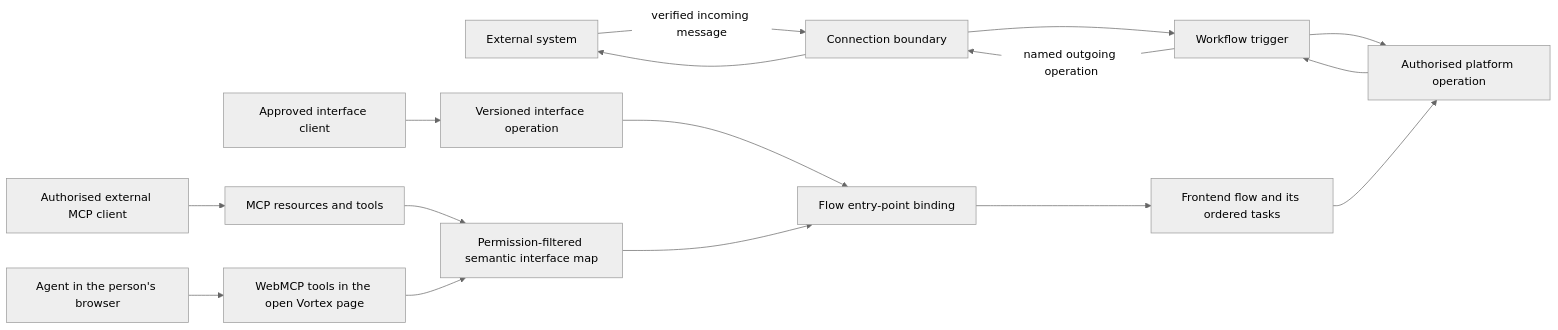
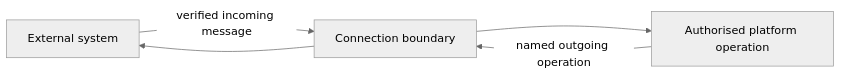
The diagram in docs/specification/12-connections-and-interfaces.md (Abzum-NZ/Abzum-Vortex), drawn with Mermaid (neutral theme) before and after one commit. The commit also changed other lines of this file and 50 other files, not shown here.

````diff
--- a/docs/specification/12-connections-and-interfaces.md
+++ b/docs/specification/12-connections-and-interfaces.md
@@ -9,18 +11,7 @@
 ```mermaid
 flowchart LR
     EXT[External system] -->|verified incoming message| EDGE[Connection boundary]
-    EDGE --> FLOW[Workflow trigger]
-    FLOW --> DATA[Authorised platform operation]
-    DATA --> FLOW
-    FLOW -->|named outgoing operation| EDGE
+    EDGE --> DATA[Authorised platform operation]
+    DATA -->|named outgoing operation| EDGE
     EDGE --> EXT
-    CLIENT[Approved interface client] --> API[Versioned interface operation]
-    AGENT[Authorised external MCP client] --> MCP[MCP resources and tools]
-    BROWSER[Agent in the person's browser] --> WEBMCP[WebMCP tools in the open Vortex page]
-    MCP --> VIEW[Permission-filtered semantic interface map]
-    WEBMCP --> VIEW
-    API --> BIND[Flow entry-point binding]
-    VIEW --> BIND
-    BIND --> FFLOW[Frontend flow and its ordered tasks]
-    FFLOW --> DATA
 ```
````
